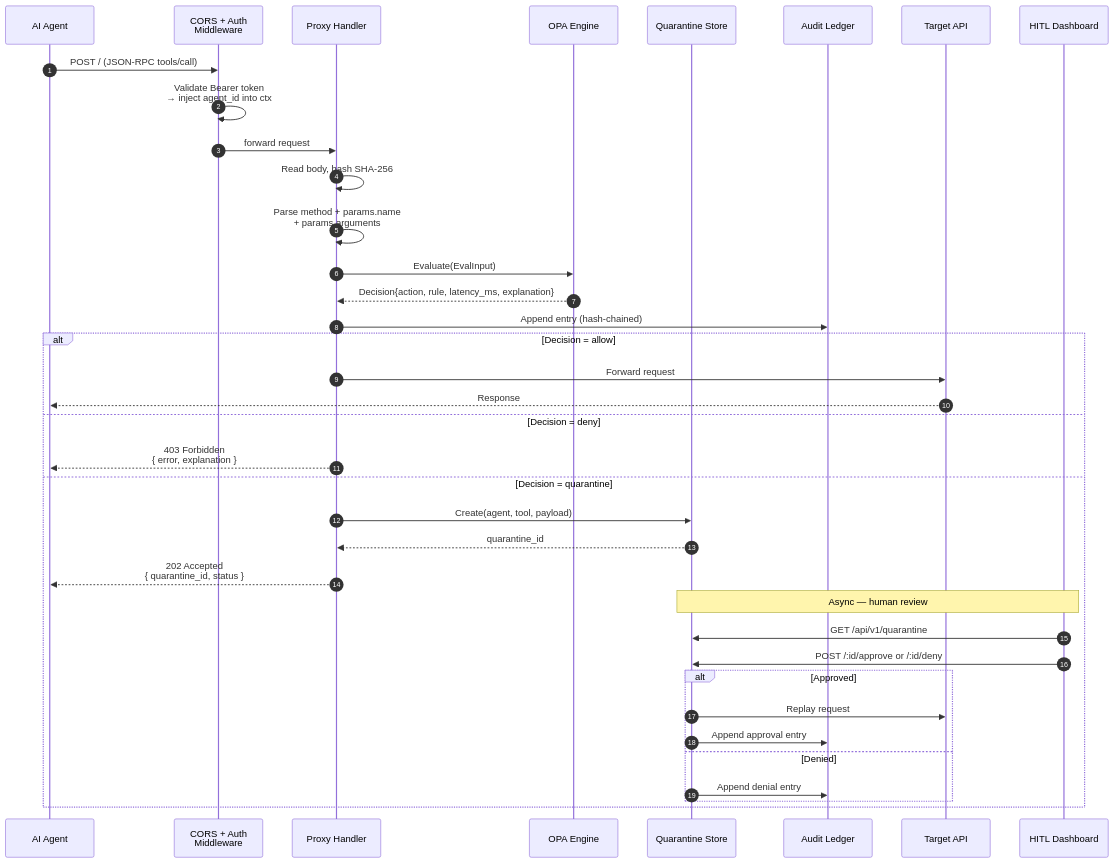
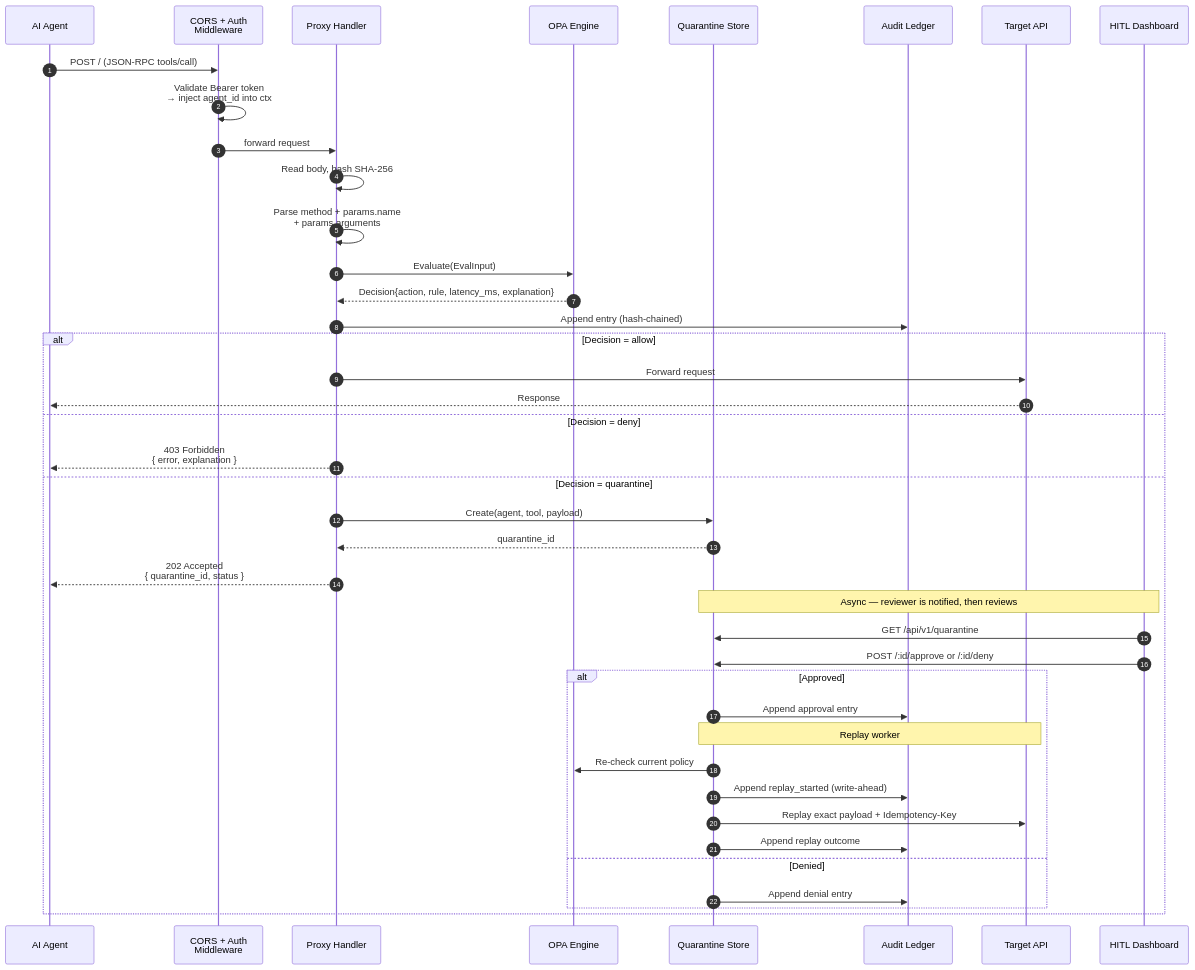
One commit to austinchima/KiteRail changed the second of 3 diagrams in docs/ARCHITECTURE.md. Above: the diagram before and after it, drawn with Mermaid. The commit also changed other lines of this file and 111 other files, not shown here.

````diff
--- a/docs/ARCHITECTURE.md
+++ b/docs/ARCHITECTURE.md
@@ -106,42 +109,46 @@
 ```mermaid
 sequenceDiagram
     autonumber
     participant A as AI Agent
     participant M as CORS + Auth<br/>Middleware
     participant P as Proxy Handler
     participant O as OPA Engine
     participant Q as Quarantine Store
     participant L as Audit Ledger
     participant T as Target API
     participant U as HITL Dashboard
 
     A->>M: POST / (JSON-RPC tools/call)
     M->>M: Validate Bearer token<br/>→ inject agent_id into ctx
     M->>P: forward request
     P->>P: Read body, hash SHA-256
     P->>P: Parse method + params.name<br/>+ params.arguments
     P->>O: Evaluate(EvalInput)
     O-->>P: Decision{action, rule, latency_ms, explanation}
     P->>L: Append entry (hash-chained)
 
     alt Decision = allow
         P->>T: Forward request
         T-->>A: Response
     else Decision = deny
         P-->>A: 403 Forbidden<br/>{ error, explanation }
     else Decision = quarantine
         P->>Q: Create(agent, tool, payload)
         Q-->>P: quarantine_id
         P-->>A: 202 Accepted<br/>{ quarantine_id, status }
 
-        Note over U,Q: Async — human review
+        Note over U,Q: Async — reviewer is notified, then reviews
         U->>Q: GET /api/v1/quarantine
         U->>Q: POST /:id/approve or /:id/deny
         alt Approved
-            Q->>T: Replay request
             Q->>L: Append approval entry
+            Note over Q,T: Replay worker
+            Q->>O: Re-check current policy
+            Q->>L: Append replay_started (write-ahead)
+            Q->>T: Replay exact payload + Idempotency-Key
+            Q->>L: Append replay outcome
         else Denied
             Q->>L: Append denial entry
         end
     end
 ```
````
